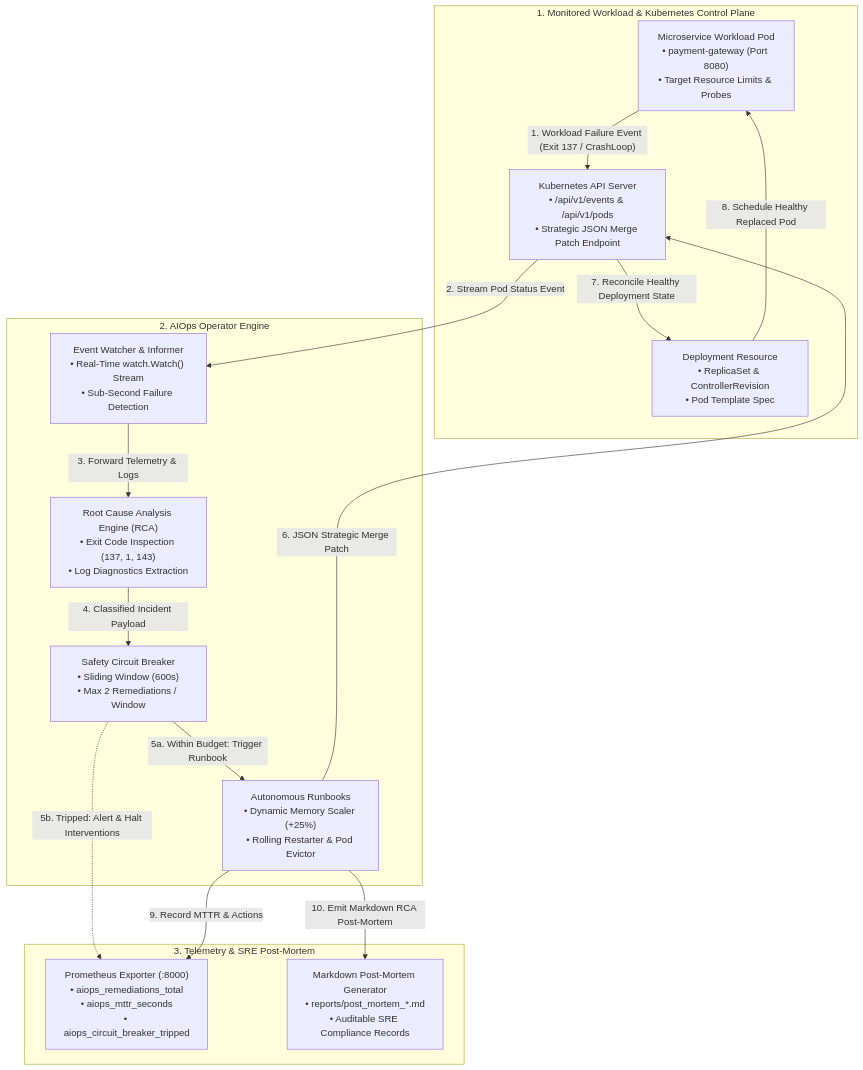
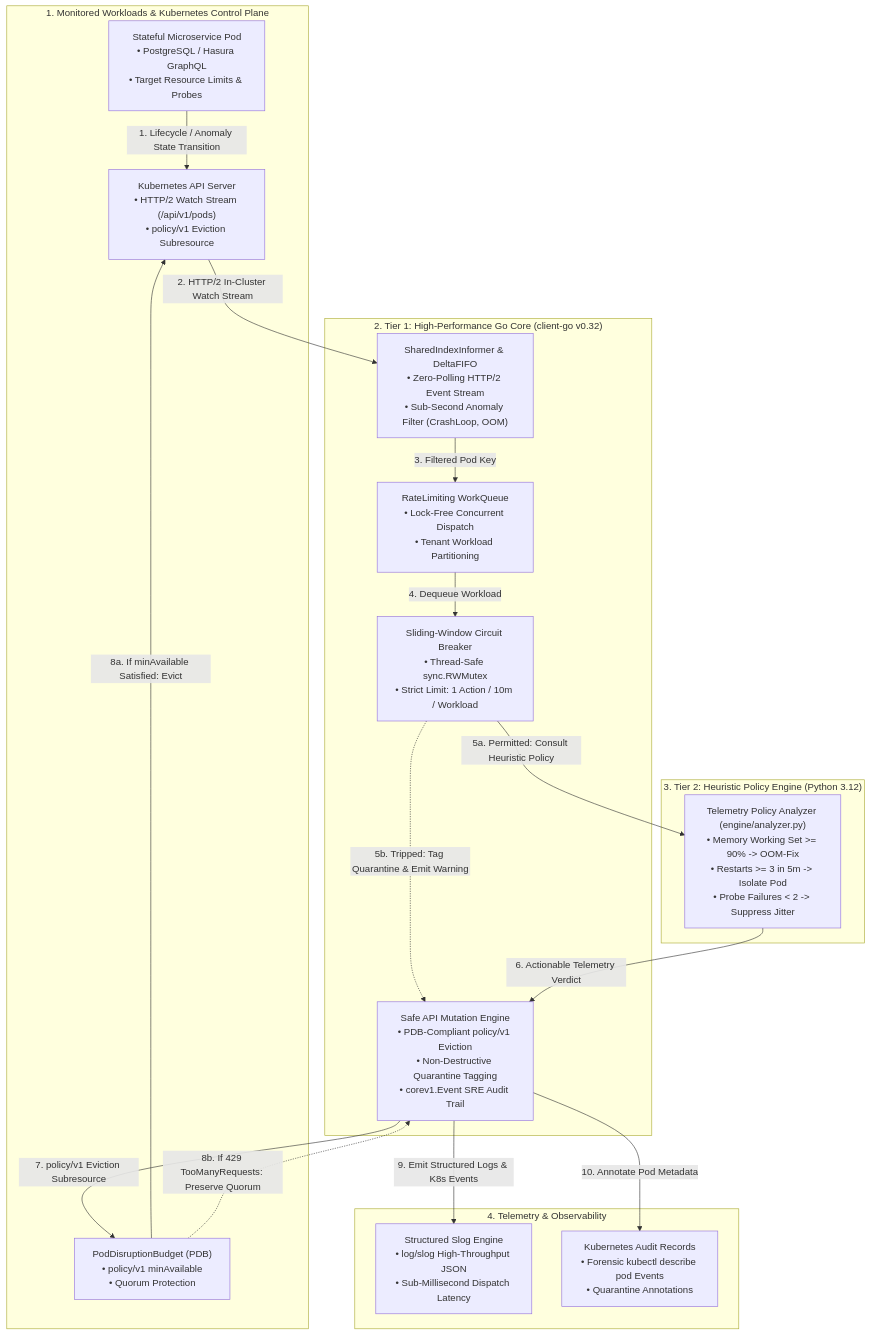
One commit to qadeeraay/k8s-aiops-self-healing-operator changed the first of 2 diagrams in ARCHITECTURE.md. Above: the diagram before and after it, drawn with Mermaid. The commit also changed other lines of this file, not shown here.

Commit message:
docs(architecture): update architectural specification to reflect two-tier Go and Python hybrid design

````diff
--- a/ARCHITECTURE.md
+++ b/ARCHITECTURE.md
@@ -11,35 +14,37 @@
 ```mermaid
 flowchart TD
-    subgraph TargetNS ["1. Monitored Workload & Kubernetes Control Plane"]
-        Pod["Microservice Workload Pod<br/>• payment-gateway (Port 8080)<br/>• Target Resource Limits & Probes"]
-        Deployment["Deployment Resource<br/>• ReplicaSet & ControllerRevision<br/>• Pod Template Spec"]
-        K8sAPI["Kubernetes API Server<br/>• /api/v1/events & /api/v1/pods<br/>• Strategic JSON Merge Patch Endpoint"]
+    subgraph TargetNS ["1. Monitored Workloads & Kubernetes Control Plane"]
+        Pod["Stateful Microservice Pod<br/>• PostgreSQL / Hasura GraphQL<br/>• Target Resource Limits & Probes"]
+        PDB["PodDisruptionBudget (PDB)<br/>• policy/v1 minAvailable<br/>• Quorum Protection"]
+        K8sAPI["Kubernetes API Server<br/>• HTTP/2 Watch Stream (/api/v1/pods)<br/>• policy/v1 Eviction Subresource"]
     end
 
-    subgraph AIOpsNS ["2. AIOps Operator Engine"]
-        Watcher["Event Watcher & Informer<br/>• Real-Time watch.Watch() Stream<br/>• Sub-Second Failure Detection"]
-        RCA["Root Cause Analysis Engine (RCA)<br/>• Exit Code Inspection (137, 1, 143)<br/>• Log Diagnostics Extraction"]
-        CB["Safety Circuit Breaker<br/>• Sliding Window (600s)<br/>• Max 2 Remediations / Window"]
-        Runbooks["Autonomous Runbooks<br/>• Dynamic Memory Scaler (+25%)<br/>• Rolling Restarter & Pod Evictor"]
+    subgraph Tier1Go ["2. Tier 1: High-Performance Go Core (client-go v0.32)"]
+        Informer["SharedIndexInformer & DeltaFIFO<br/>• Zero-Polling HTTP/2 Event Stream<br/>• Sub-Second Anomaly Filter (CrashLoop, OOM)"]
+        WorkQueue["RateLimiting WorkQueue<br/>• Lock-Free Concurrent Dispatch<br/>• Tenant Workload Partitioning"]
+        CB["Sliding-Window Circuit Breaker<br/>• Thread-Safe sync.RWMutex<br/>• Strict Limit: 1 Action / 10m / Workload"]
+        Reconciler["Safe API Mutation Engine<br/>• PDB-Compliant policy/v1 Eviction<br/>• Non-Destructive Quarantine Tagging<br/>• corev1.Event SRE Audit Trail"]
     end
 
-    subgraph Observability ["3. Telemetry & SRE Post-Mortem"]
-        PromExport["Prometheus Exporter (:8000)<br/>• aiops_remediations_total<br/>• aiops_mttr_seconds<br/>• aiops_circuit_breaker_tripped"]
-        RCAWriter["Markdown Post-Mortem Generator<br/>• reports/post_mortem_*.md<br/>• Auditable SRE Compliance Records"]
+    subgraph Tier2Py ["3. Tier 2: Heuristic Policy Engine (Python 3.12)"]
+        Analyzer["Telemetry Policy Analyzer (engine/analyzer.py)<br/>• Memory Working Set >= 90% -> OOM-Fix<br/>• Restarts >= 3 in 5m -> Isolate Pod<br/>• Probe Failures < 2 -> Suppress Jitter"]
     end
 
-    Pod -->|"1. Workload Failure Event (Exit 137 / CrashLoop)"| K8sAPI
-    K8sAPI -->|"2. Stream Pod Status Event"| Watcher
-    Watcher -->|"3. Forward Telemetry & Logs"| RCA
-    RCA -->|"4. Classified Incident Payload"| CB
-    
-    CB -->|"5a. Within Budget: Trigger Runbook"| Runbooks
-    CB -.->|"5b. Tripped: Alert & Halt Interventions"| PromExport
-    
-    Runbooks -->|"6. JSON Strategic Merge Patch"| K8sAPI
-    K8sAPI -->|"7. Reconcile Healthy Deployment State"| Deployment
-    Deployment -->|"8. Schedule Healthy Replaced Pod"| Pod
-    
-    Runbooks -->|"9. Record MTTR & Actions"| PromExport
-    Runbooks -->|"10. Emit Markdown RCA Post-Mortem"| RCAWriter
+    subgraph Observability ["4. Telemetry & Observability"]
+        StructuredLogs["Structured Slog Engine<br/>• log/slog High-Throughput JSON<br/>• Sub-Millisecond Dispatch Latency"]
+        AuditTrail["Kubernetes Audit Records<br/>• Forensic kubectl describe pod Events<br/>• Quarantine Annotations"]
+    end
+
+    Pod -->|"1. Lifecycle / Anomaly State Transition"| K8sAPI
+    K8sAPI -->|"2. HTTP/2 In-Cluster Watch Stream"| Informer
+    Informer -->|"3. Filtered Pod Key"| WorkQueue
+    WorkQueue -->|"4. Dequeue Workload"| CB
+    CB -->|"5a. Permitted: Consult Heuristic Policy"| Analyzer
+    CB -.->|"5b. Tripped: Tag Quarantine & Emit Warning"| Reconciler
+    Analyzer -->|"6. Actionable Telemetry Verdict"| Reconciler
+    Reconciler -->|"7. policy/v1 Eviction Subresource"| PDB
+    PDB -->|"8a. If minAvailable Satisfied: Evict"| K8sAPI
+    PDB -.->|"8b. If 429 TooManyRequests: Preserve Quorum"| Reconciler
+    Reconciler -->|"9. Emit Structured Logs & K8s Events"| StructuredLogs
+    Reconciler -->|"10. Annotate Pod Metadata"| AuditTrail
 ```
````
